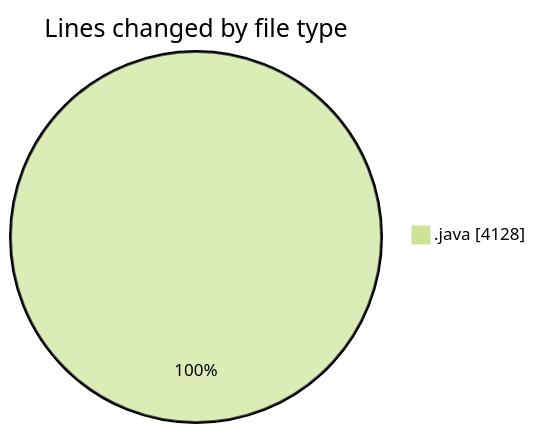
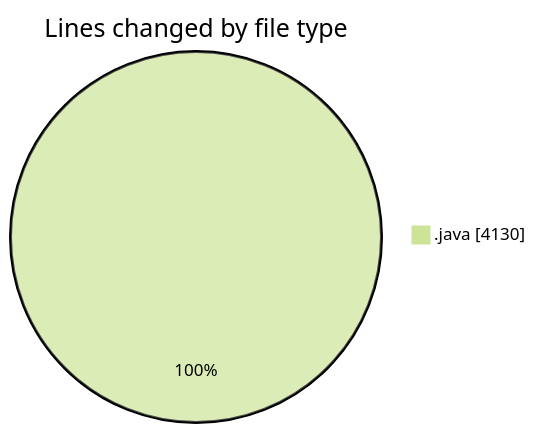
Before and after one commit to ricardozamudiocil/code-tracking: the first of 2 diagrams in 2026-05-20/cilapp/README.md, drawn with Mermaid (forest theme). The commit also changed other lines of this file and 1 other file, not shown here.

````diff
--- a/2026-05-20/cilapp/README.md
+++ b/2026-05-20/cilapp/README.md
@@ -22,5 +22,5 @@
 ```mermaid
 pie showData
 title Lines changed by file type
-".java" : 4128
+".java" : 4130
 ```
````
